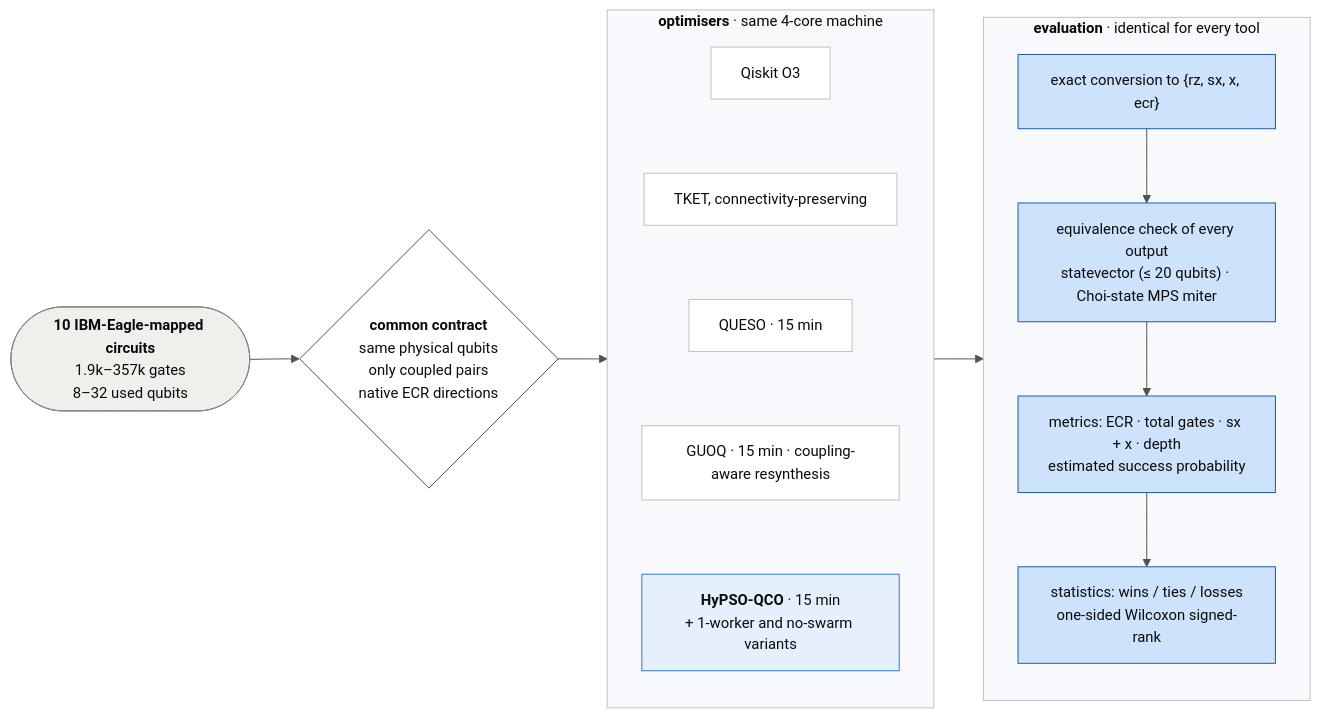
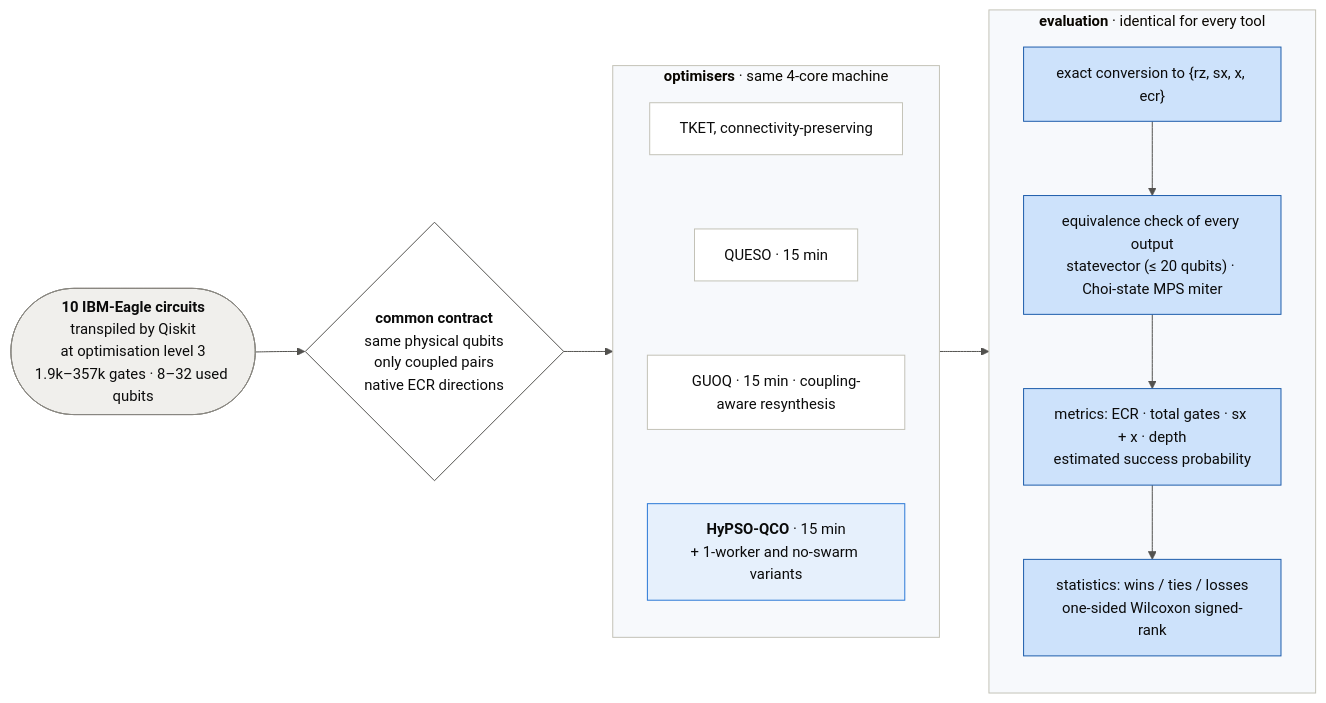
Before and after one commit to mwalidcharrwi/PSO_Optimization: the diagram in paper/figures/src/diag3_evaluation_protocol.mmd, drawn with Mermaid. The commit also changed 44 other files, not shown here.

First line of the commit message:
Drop Qiskit O3 from the comparison on the supplied circuits

```diff
--- a/paper/figures/src/diag3_evaluation_protocol.mmd
+++ b/paper/figures/src/diag3_evaluation_protocol.mmd
@@ -1,29 +1,28 @@
 %%{init: {"theme": "base", "flowchart": {"curve": "basis", "htmlLabels": true}, "themeVariables": {"fontFamily": "Liberation Sans, DejaVu Sans, sans-serif", "fontSize": "15px", "primaryTextColor": "#0b0b0b", "lineColor": "#52514e", "clusterBkg": "#f7f9fc", "clusterBorder": "#c3c2b7", "edgeLabelBackground": "#ffffff"}}}%%
 flowchart LR
-  B(["<b>10 IBM-Eagle-mapped circuits</b><br/>1.9k–357k gates<br/>8–32 used qubits"]):::io
+  B(["<b>10 IBM-Eagle circuits</b><br/>transpiled by Qiskit<br/>at optimisation level 3<br/>1.9k–357k gates · 8–32 used qubits"]):::io
   K{"<b>common contract</b><br/>same physical qubits<br/>only coupled pairs<br/>native ECR directions"}:::chk
   subgraph T["<b>optimisers</b> · same 4-core machine"]
     direction TB
-    T1["Qiskit O3"]:::tool
     T2["TKET, connectivity-preserving"]:::tool
     T3["QUESO · 15 min"]:::tool
     T4["GUOQ · 15 min · coupling-aware resynthesis"]:::tool
     T5["<b>HyPSO-QCO</b> · 15 min<br/>+ 1-worker and no-swarm variants"]:::p1
-    T1 ~~~ T2 ~~~ T3 ~~~ T4 ~~~ T5
+    T2 ~~~ T3 ~~~ T4 ~~~ T5
   end
   subgraph E["<b>evaluation</b> · identical for every tool"]
     direction TB
     N["exact conversion to {rz, sx, x, ecr}"]:::p2
     V["equivalence check of every output<br/>statevector (≤ 20 qubits) · Choi-state MPS miter"]:::p2
     M["metrics: ECR · total gates · sx + x · depth<br/>estimated success probability"]:::p2
     S["statistics: wins / ties / losses<br/>one-sided Wilcoxon signed-rank"]:::p2
     N --> V --> M --> S
   end
   B --> K --> T --> E
 
   classDef io fill:#f0efec,stroke:#898781,stroke-width:1px,color:#0b0b0b;
   classDef p1 fill:#e6f0fc,stroke:#2a78d6,stroke-width:1px,color:#0b0b0b;
   classDef p2 fill:#cde2fb,stroke:#1c5cab,stroke-width:1px,color:#0b0b0b;
   classDef chk fill:#ffffff,stroke:#52514e,stroke-width:1px,color:#0b0b0b;
   classDef tool fill:#ffffff,stroke:#c3c2b7,stroke-width:1px,color:#0b0b0b;
   classDef opt fill:#ffffff,stroke:#2a78d6,stroke-width:1px,stroke-dasharray:4 3,color:#52514e;
```
